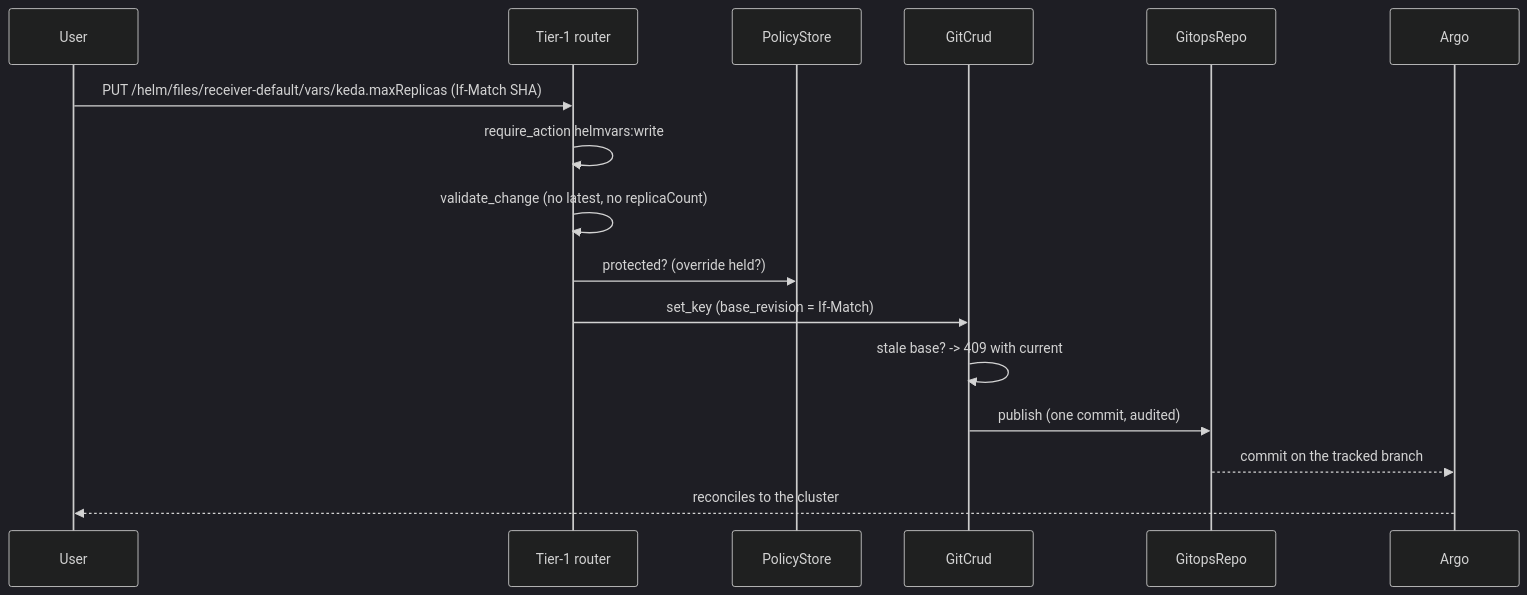
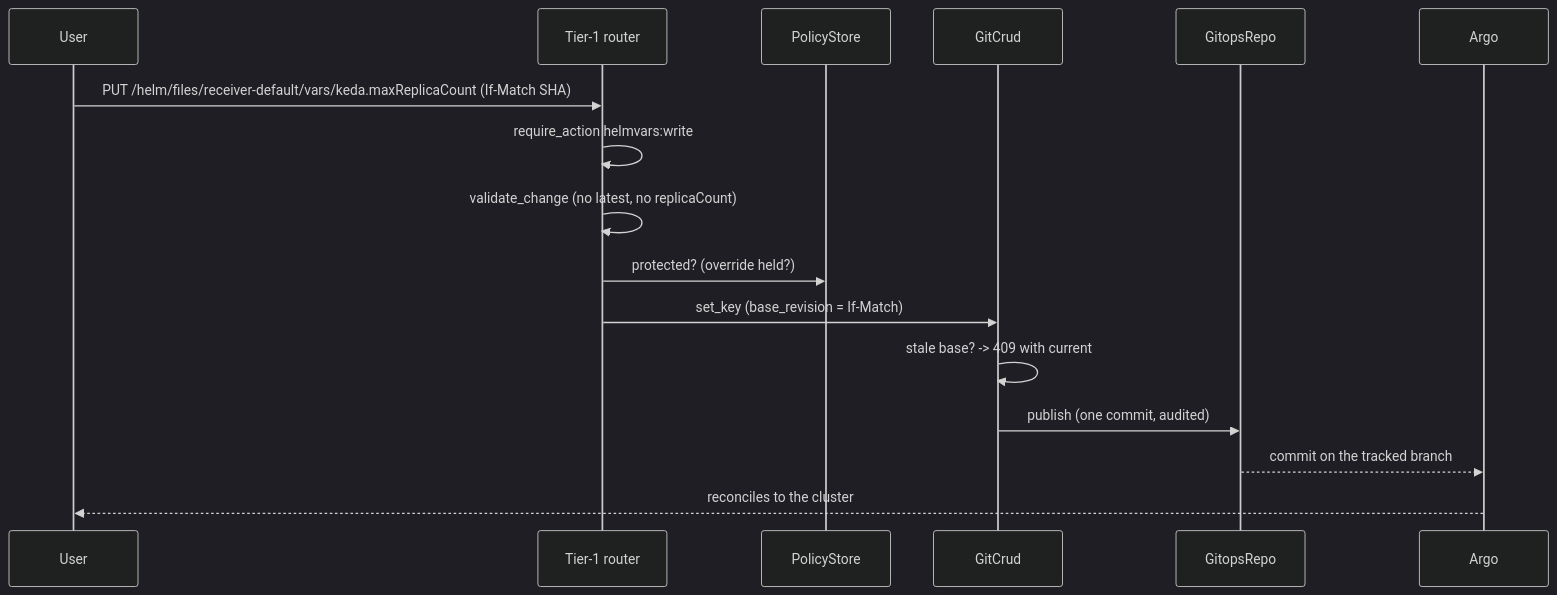
Before and after one commit to hyperi-io/dfe-engine: the second of 8 diagrams in docs/control-plane/governed-ops-design.md, drawn with Mermaid (dark theme). The commit also changed 3 other files, not shown here.

````diff
--- a/docs/control-plane/governed-ops-design.md
+++ b/docs/control-plane/governed-ops-design.md
@@ -122,19 +122,19 @@
 ```mermaid
 sequenceDiagram
     participant User
     participant Helm as Tier-1 router
     participant Policy as PolicyStore
     participant Crud as GitCrud
     participant Repo as GitopsRepo
     participant Argo
 
-    User->>Helm: PUT /helm/files/receiver-default/vars/keda.maxReplicas (If-Match SHA)
+    User->>Helm: PUT /helm/files/receiver-default/vars/keda.maxReplicaCount (If-Match SHA)
     Helm->>Helm: require_action helmvars:write
     Helm->>Helm: validate_change (no latest, no replicaCount)
     Helm->>Policy: protected? (override held?)
     Helm->>Crud: set_key (base_revision = If-Match)
     Crud->>Crud: stale base? -> 409 with current
     Crud->>Repo: publish (one commit, audited)
     Repo-->>Argo: commit on the tracked branch
     Argo-->>User: reconciles to the cluster
 ```
````
